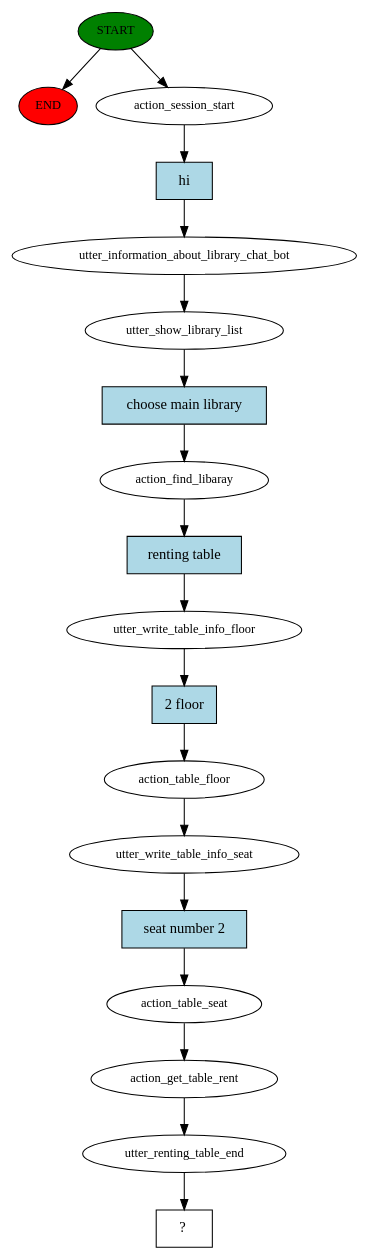
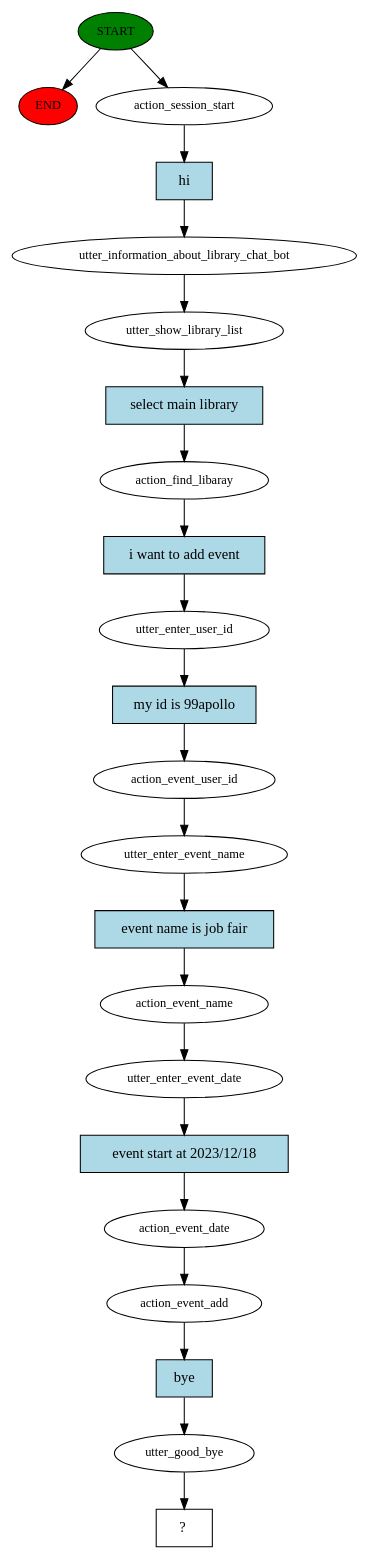
One commit to 99apollo/rasa changed the diagram in story_graph.dot. Above: the diagram before and after it, drawn with Graphviz. The commit also changed 13 other files, not shown here.

```diff
--- a/story_graph.dot
+++ b/story_graph.dot
@@ -1,37 +1,45 @@
 digraph  {
 0 [class="start active", fillcolor=green, fontsize=12, label=START, style=filled];
 "-1" [class=end, fillcolor=red, fontsize=12, label=END, style=filled];
 1 [class=active, fontsize=12, label=action_session_start];
 2 [class=active, fontsize=12, label=utter_information_about_library_chat_bot];
 3 [class=active, fontsize=12, label=utter_show_library_list];
 4 [class=active, fontsize=12, label=action_find_libaray];
-5 [class=active, fontsize=12, label=utter_write_table_info_floor];
-6 [class=active, fontsize=12, label=action_table_floor];
-7 [class=active, fontsize=12, label=utter_write_table_info_seat];
-8 [class=active, fontsize=12, label=action_table_seat];
-9 [class=active, fontsize=12, label=action_get_table_rent];
-10 [class=active, fontsize=12, label=utter_renting_table_end];
-11 [class="intent dashed active", label="  ?  ", shape=rect];
-12 [class="intent active", fillcolor=lightblue, label=hi, shape=rect, style=filled];
-13 [class="intent active", fillcolor=lightblue, label="choose main library", shape=rect, style=filled];
-14 [class="intent active", fillcolor=lightblue, label="renting table", shape=rect, style=filled];
-15 [class="intent active", fillcolor=lightblue, label="2 floor", shape=rect, style=filled];
-16 [class="intent active", fillcolor=lightblue, label="seat number 2", shape=rect, style=filled];
+5 [class=active, fontsize=12, label=utter_enter_user_id];
+6 [class=active, fontsize=12, label=action_event_user_id];
+7 [class=active, fontsize=12, label=utter_enter_event_name];
+8 [class=active, fontsize=12, label=action_event_name];
+9 [class=active, fontsize=12, label=utter_enter_event_date];
+10 [class=active, fontsize=12, label=action_event_date];
+11 [class=active, fontsize=12, label=action_event_add];
+12 [class=active, fontsize=12, label=utter_good_bye];
+13 [class="intent dashed active", label="  ?  ", shape=rect];
+14 [class="intent active", fillcolor=lightblue, label=hi, shape=rect, style=filled];
+15 [class="intent active", fillcolor=lightblue, label="select main library", shape=rect, style=filled];
+16 [class="intent active", fillcolor=lightblue, label="i want to add event", shape=rect, style=filled];
+17 [class="intent active", fillcolor=lightblue, label="my id is 99apollo", shape=rect, style=filled];
+18 [class="intent active", fillcolor=lightblue, label="event name is job fair", shape=rect, style=filled];
+19 [class="intent active", fillcolor=lightblue, label="event start at 2023/12/18", shape=rect, style=filled];
+20 [class="intent active", fillcolor=lightblue, label=bye, shape=rect, style=filled];
 0 -> "-1"  [class="", key=NONE, label=""];
 0 -> 1  [class=active, key=NONE, label=""];
-1 -> 12  [class=active, key=0];
+1 -> 14  [class=active, key=0];
 2 -> 3  [class=active, key=NONE, label=""];
-3 -> 13  [class=active, key=0];
-4 -> 14  [class=active, key=0];
-5 -> 15  [class=active, key=0];
+3 -> 15  [class=active, key=0];
+4 -> 16  [class=active, key=0];
+5 -> 17  [class=active, key=0];
 6 -> 7  [class=active, key=NONE, label=""];
-7 -> 16  [class=active, key=0];
+7 -> 18  [class=active, key=0];
 8 -> 9  [class=active, key=NONE, label=""];
-9 -> 10  [class=active, key=NONE, label=""];
+9 -> 19  [class=active, key=0];
 10 -> 11  [class=active, key=NONE, label=""];
-12 -> 2  [class=active, key=0];
-13 -> 4  [class=active, key=0];
-14 -> 5  [class=active, key=0];
-15 -> 6  [class=active, key=0];
-16 -> 8  [class=active, key=0];
+11 -> 20  [class=active, key=0];
+12 -> 13  [class=active, key=NONE, label=""];
+14 -> 2  [class=active, key=0];
+15 -> 4  [class=active, key=0];
+16 -> 5  [class=active, key=0];
+17 -> 6  [class=active, key=0];
+18 -> 8  [class=active, key=0];
+19 -> 10  [class=active, key=0];
+20 -> 12  [class=active, key=0];
 }
```
